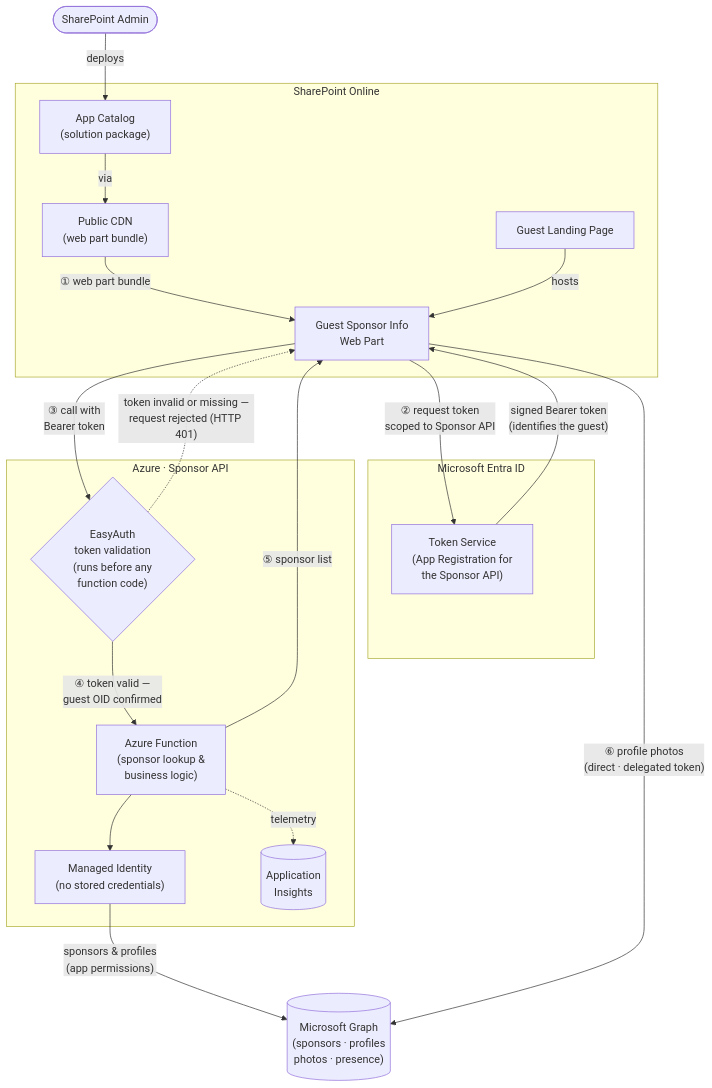
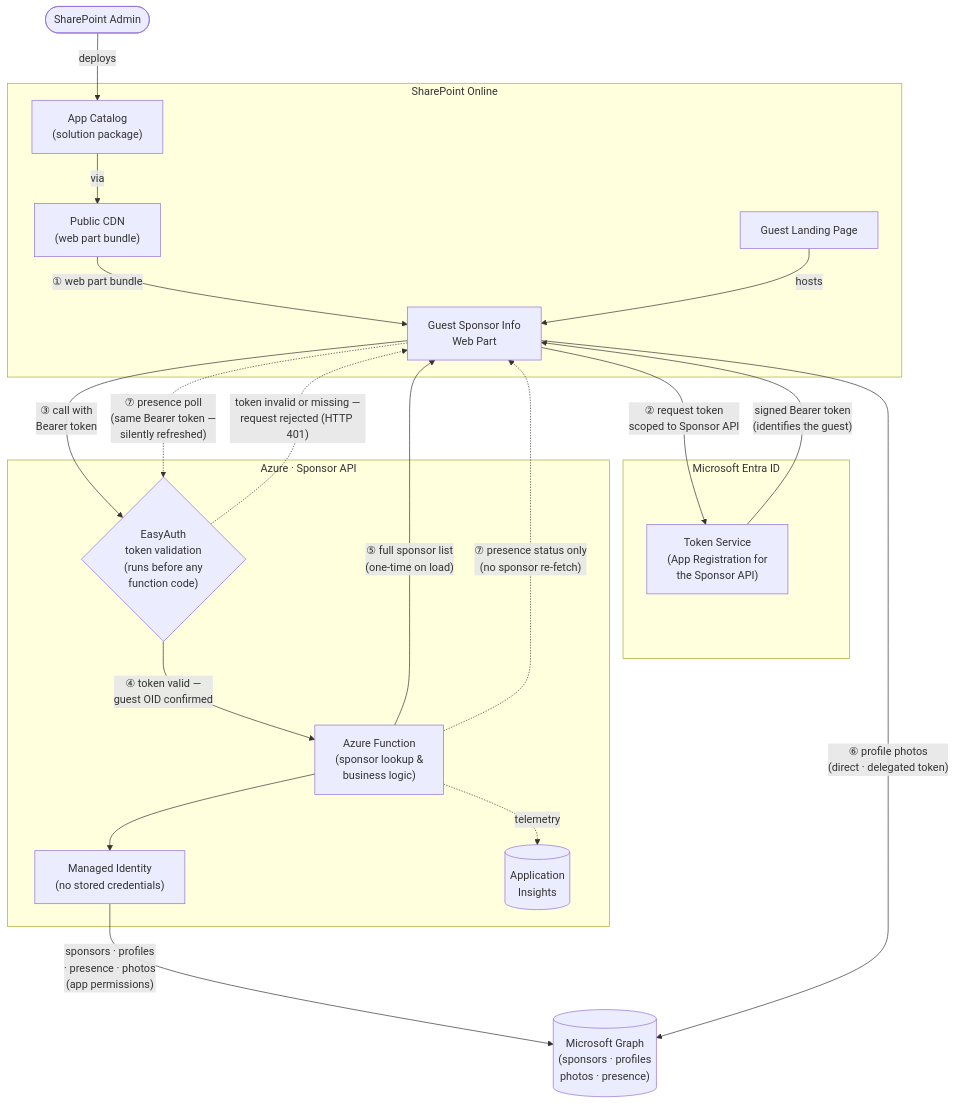
Before and after one commit to workoho/spfx-guest-sponsor-info: the first of 2 diagrams in docs/architecture-diagram.md, drawn with Mermaid. The commit also changed other lines of this file, not shown here.

Commit message:
docs(diagram): add presence polling loop as separate flow
Show step ⑦ as a distinct dashed round-trip: web part polls the
Sponsor API for presence-only updates at adaptive intervals (30 s
hovered · 2 min tab visible · 5 min tab hidden). The same EasyAuth
gate applies on every poll. The full sponsor list is never re-fetched
during polling. Interval details documented in the step table.

````diff
--- a/docs/architecture-diagram.md
+++ b/docs/architecture-diagram.md
@@ -15,40 +18,43 @@
 ```mermaid
 flowchart TB
     Admin(["SharePoint Admin"])
 
     subgraph spo["SharePoint Online"]
         Catalog["App Catalog\n(solution package)"]
         CDN["Public CDN\n(web part bundle)"]
         Page["Guest Landing Page"]
         WP["Guest Sponsor Info\nWeb Part"]
     end
 
     subgraph entra["Microsoft Entra ID"]
         TokenSvc["Token Service\n(App Registration for\nthe Sponsor API)"]
     end
 
     subgraph azure["Azure · Sponsor API"]
         EasyAuth{"EasyAuth\ntoken validation\n(runs before any\nfunction code)"}
         Func["Azure Function\n(sponsor lookup &\nbusiness logic)"]
         MI["Managed Identity\n(no stored credentials)"]
         AI[("Application\nInsights")]
     end
 
     Graph[("Microsoft Graph\n(sponsors · profiles\nphotos · presence)")]
 
-    Admin      -- "deploys"                         --> Catalog
-    Catalog    -- "via"                             --> CDN
-    CDN        -- "① web part bundle"               --> WP
-    Page       -- "hosts"                           --> WP
+    Admin      -- "deploys"                              --> Catalog
+    Catalog    -- "via"                                  --> CDN
+    CDN        -- "① web part bundle"                    --> WP
+    Page       -- "hosts"                                --> WP
 
     WP         -- "② request token\nscoped to Sponsor API"   --> TokenSvc
     TokenSvc   -- "signed Bearer token\n(identifies the guest)"  --> WP
-    WP         -- "③ call with\nBearer token"       --> EasyAuth
+    WP         -- "③ call with\nBearer token"            --> EasyAuth
     EasyAuth   -- "④ token valid —\nguest OID confirmed"  --> Func
     EasyAuth   -. "token invalid or missing —\nrequest rejected (HTTP 401)"  .-> WP
     Func       --> MI
-    MI         -- "sponsors & profiles\n(app permissions)"   --> Graph
-    Func       -- "⑤ sponsor list"                  --> WP
-    Func       -. "telemetry"                       .-> AI
+    MI         -- "sponsors · profiles\n· presence · photos\n(app permissions)"  --> Graph
+    Func       -- "⑤ full sponsor list\n(one-time on load)"  --> WP
+    Func       -. "telemetry"                            .-> AI
     WP         -- "⑥ profile photos\n(direct · delegated token)"  --> Graph
+
+    WP         -. "⑦ presence poll\n(same Bearer token —\nsilently refreshed)"  .-> EasyAuth
+    Func       -. "⑦ presence status only\n(no sponsor re-fetch)"  .-> WP
 ```
````
